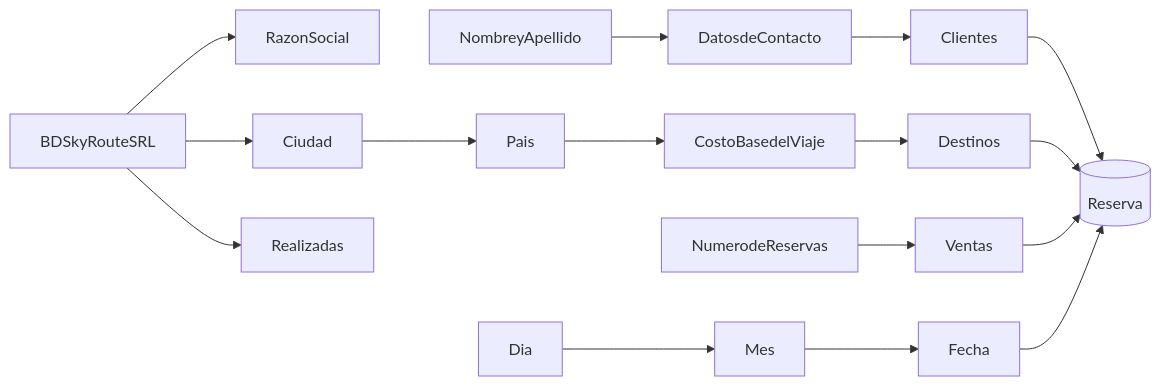
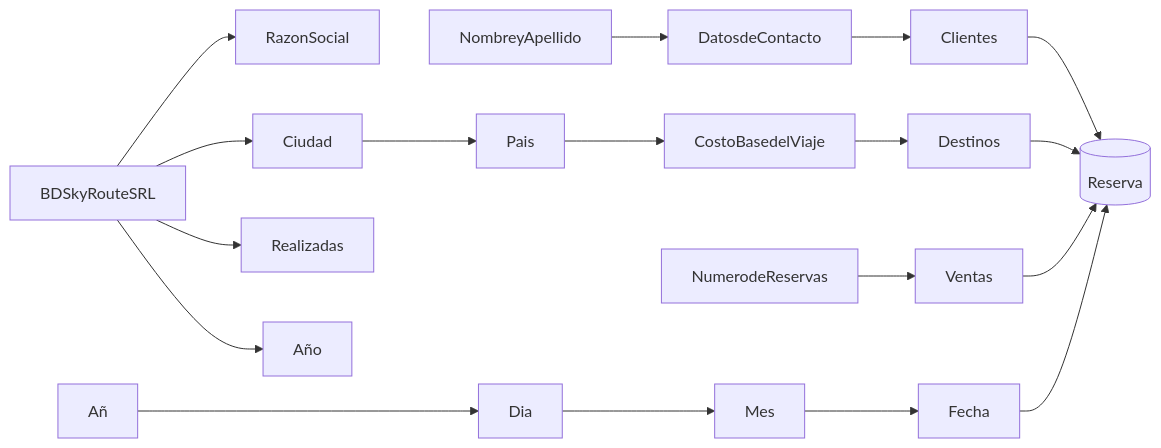
One commit to Juan-jcm-7/BD changed the diagram in README.MD. Above: the diagram before and after it, drawn with Mermaid.

````diff
--- a/README.MD
+++ b/README.MD
@@ -1,19 +1,21 @@
 ```mermaid
 graph LR;
   ordersDB[(Reserva)]
   BDSkyRouteSRL-->RazonSocial;
   BDSkyRouteSRL-->Ciudad
   BDSkyRouteSRL-->Realizadas
   NombreyApellido-->DatosdeContacto;
   DatosdeContacto-->Clientes;
   Clientes-->ordersDB;
   Ciudad-->Pais;
   Pais-->CostoBasedelViaje;
   CostoBasedelViaje-->Destinos;
   Destinos-->ordersDB;
   NumerodeReservas-->Ventas;
   Ventas-->ordersDB;
+  BDSkyRouteSRL-->Año
+  Año-->Dia
   Dia-->Mes;
   Mes-->Fecha;
   Fecha-->ordersDB;
 ```
````
